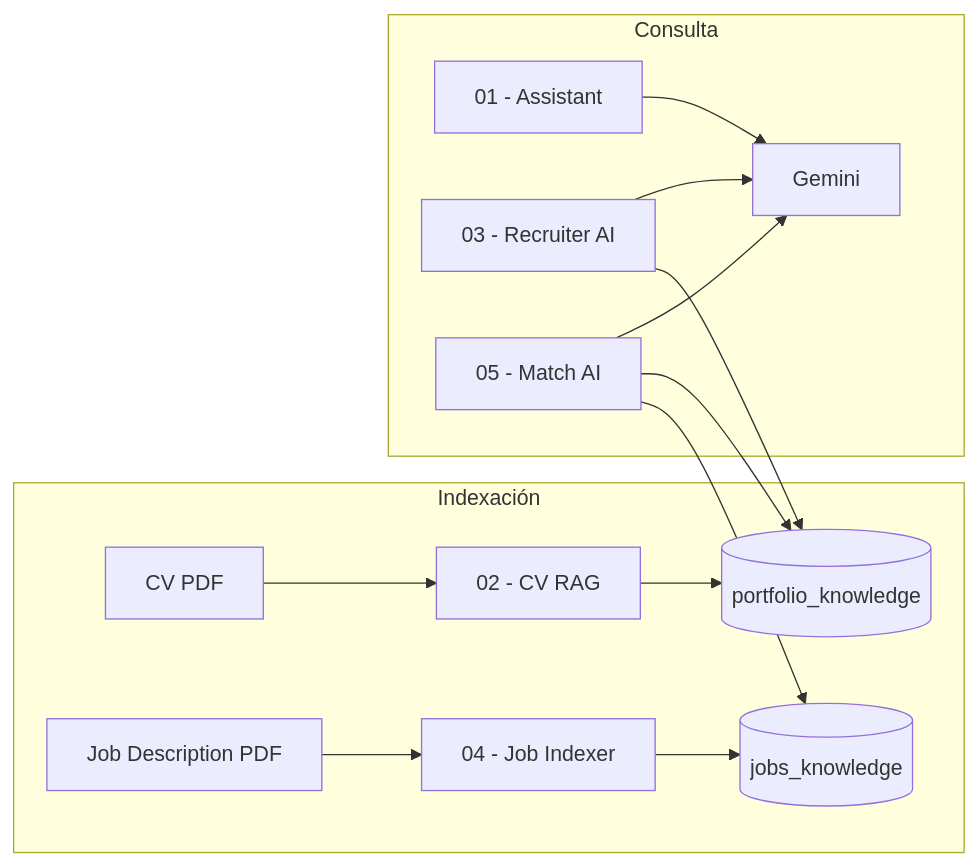
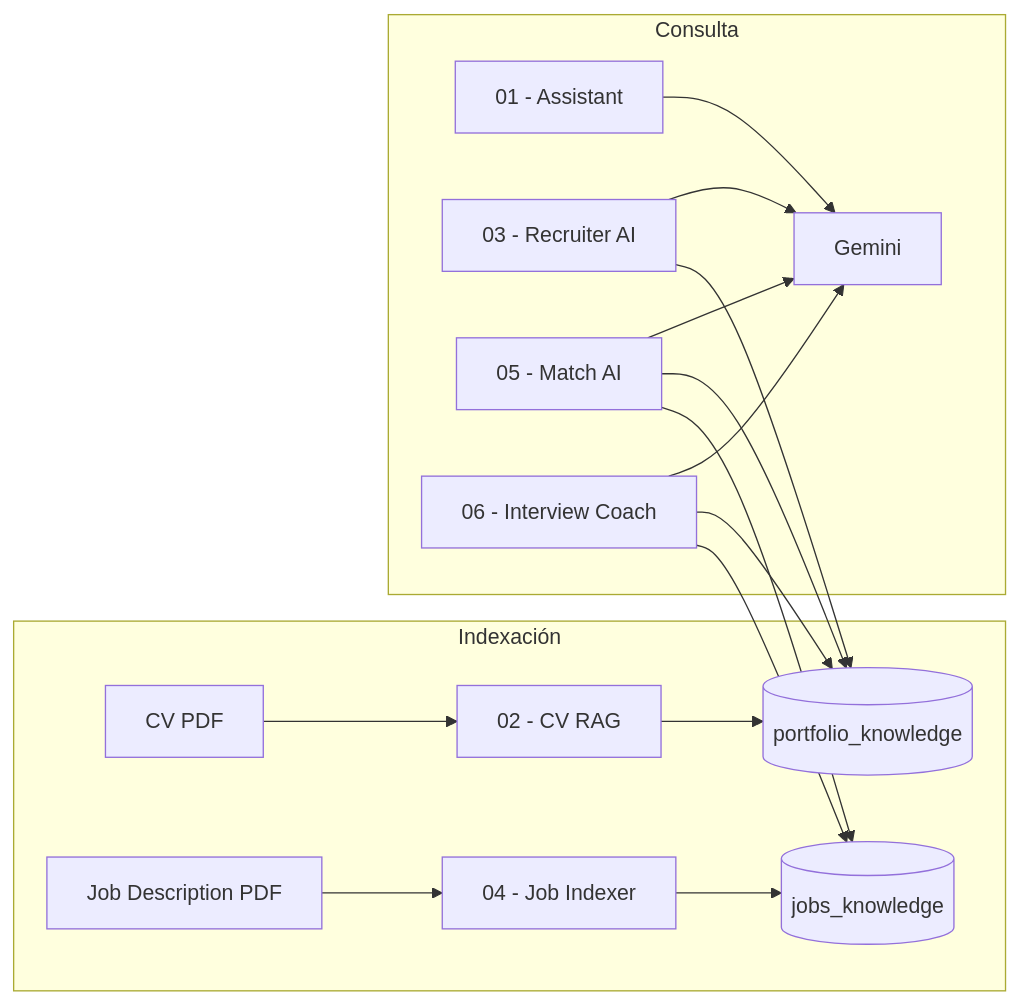
The diagram in README.md (delpozochristian/ai-automation-portfolio), drawn with Mermaid before and after one commit. The commit also changed other lines of this file and 2 other files, not shown here.

First line of the commit message:
Add Interview Coach AI workflow and refine portfolio docs

````diff
--- a/README.md
+++ b/README.md
@@ -22,18 +22,21 @@
 ```mermaid
 flowchart LR
     subgraph indexacion [Indexación]
         CV[CV PDF] --> W02[02 - CV RAG]
         JD[Job Description PDF] --> W04[04 - Job Indexer]
         W02 --> Q1[(portfolio_knowledge)]
         W04 --> Q2[(jobs_knowledge)]
     end
 
     subgraph consulta [Consulta]
         W01[01 - Assistant] --> Gemini
         W03[03 - Recruiter AI] --> Gemini
         W03 --> Q1
         W05[05 - Match AI] --> Gemini
         W05 --> Q1
         W05 --> Q2
+        W06[06 - Interview Coach] --> Gemini
+        W06 --> Q1
+        W06 --> Q2
     end
 ```
````
